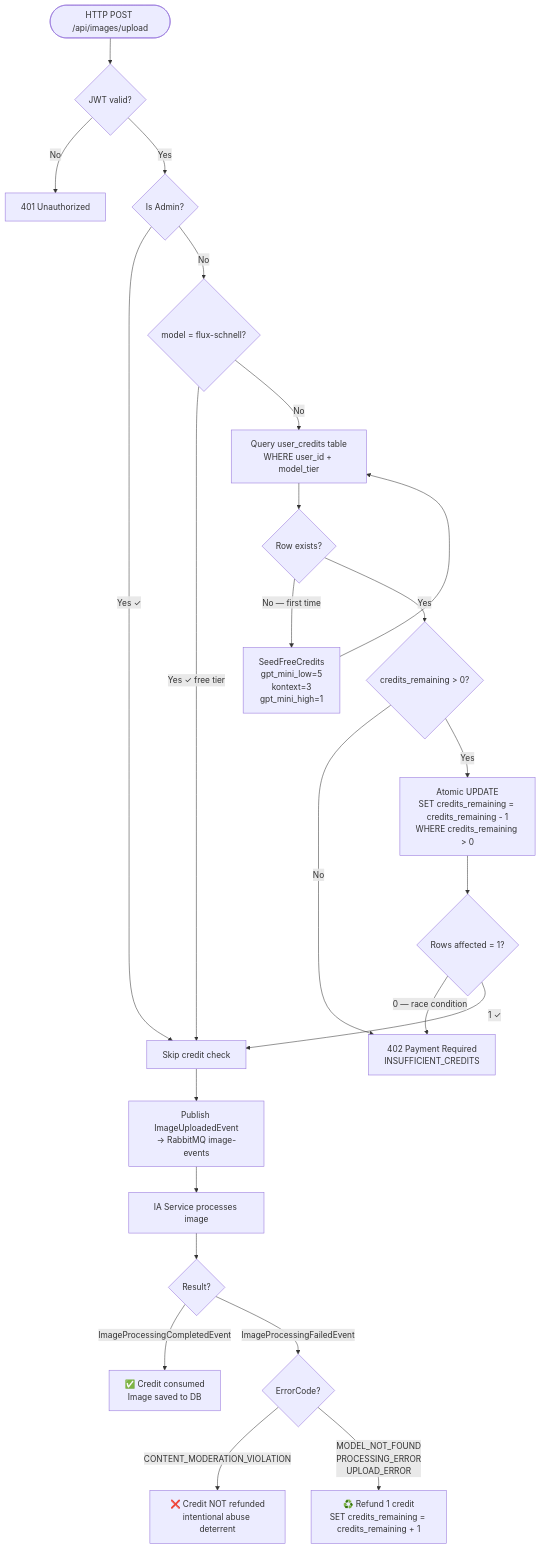
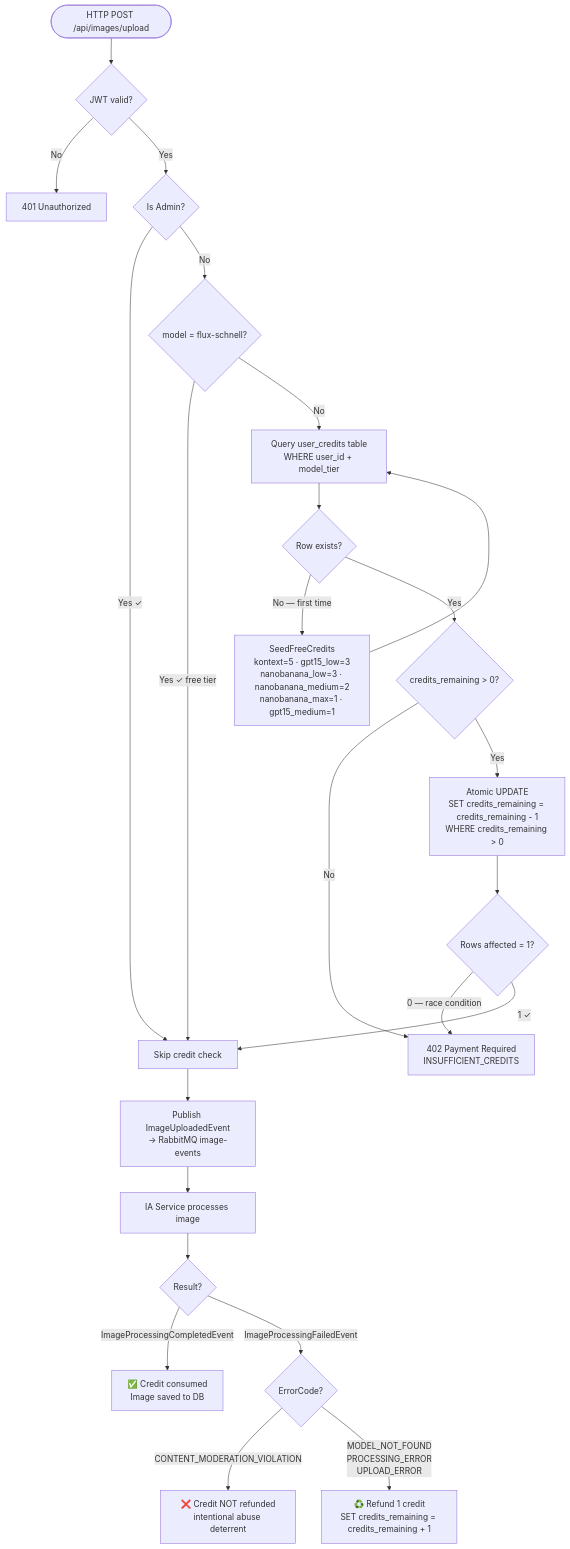
Before and after one commit to Jhon6723/capstone-software-development-5-service: diagram 12 of 14 in docs/ia-architecture/ia-architecture.md, drawn with Mermaid. The commit also changed other lines of this file and 1 other file, not shown here.

````diff
--- a/docs/ia-architecture/ia-architecture.md
+++ b/docs/ia-architecture/ia-architecture.md
@@ -965,34 +1093,34 @@
 ```mermaid
 flowchart TD
     A([HTTP POST /api/images/upload]) --> B{JWT valid?}
     B -->|No| B1[401 Unauthorized]
     B -->|Yes| C{Is Admin?}
 
     C -->|Yes ✓| BYPASS[Skip credit check]
     C -->|No| D{model = flux-schnell?}
 
     D -->|Yes ✓ free tier| BYPASS
     D -->|No| E[Query user_credits table\nWHERE user_id + model_tier]
 
     E --> F{Row exists?}
-    F -->|No — first time| G[SeedFreeCredits\ngpt_mini_low=5\nkontext=3\ngpt_mini_high=1]
+    F -->|No — first time| G[SeedFreeCredits\nkontext=5 · gpt15_low=3\nnanobanana_low=3 · nanobanana_medium=2\nnanobanana_max=1 · gpt15_medium=1]
     G --> E
 
     F -->|Yes| H{credits_remaining > 0?}
     H -->|No| I[402 Payment Required\nINSUFFICIENT_CREDITS]
     H -->|Yes| J[Atomic UPDATE\nSET credits_remaining = credits_remaining - 1\nWHERE credits_remaining > 0]
 
     J --> K{Rows affected = 1?}
     K -->|0 — race condition| I
     K -->|1 ✓| BYPASS
 
     BYPASS --> L[Publish ImageUploadedEvent\n→ RabbitMQ image-events]
     L --> M[IA Service processes image]
 
     M --> N{Result?}
     N -->|ImageProcessingCompletedEvent| O[✅ Credit consumed\nImage saved to DB]
     N -->|ImageProcessingFailedEvent| P{ErrorCode?}
 
     P -->|CONTENT_MODERATION_VIOLATION| Q[❌ Credit NOT refunded\nintentional abuse deterrent]
     P -->|MODEL_NOT_FOUND\nPROCESSING_ERROR\nUPLOAD_ERROR| R[♻️ Refund 1 credit\nSET credits_remaining = credits_remaining + 1]
 ```
````
